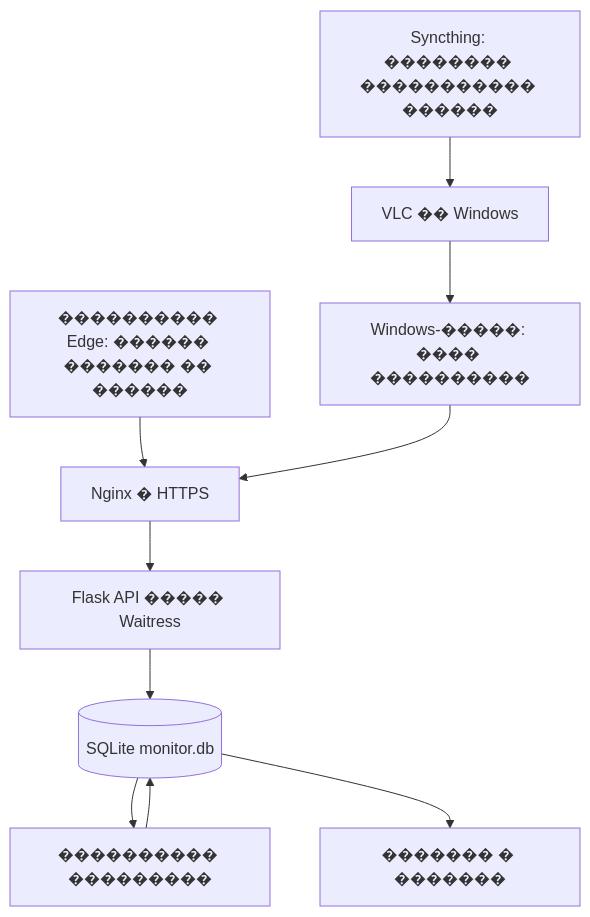
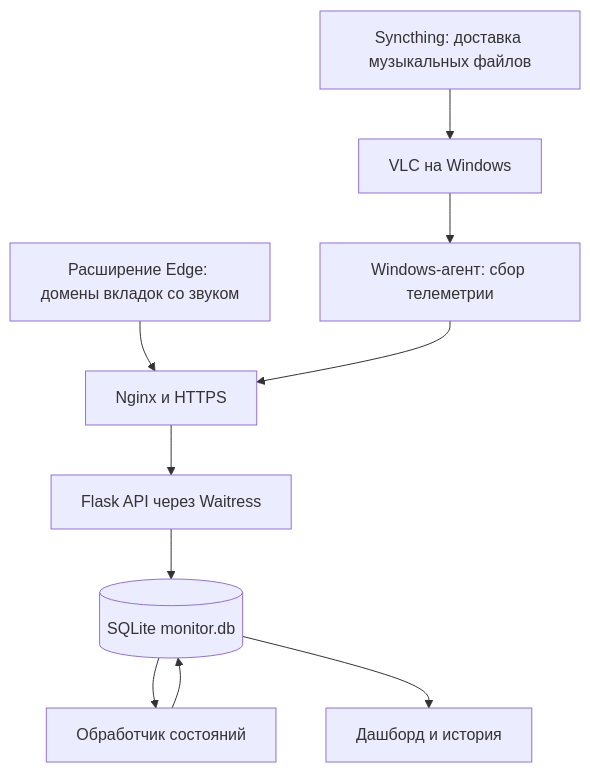
One commit to Itsbekarys/Control-for-music changed the diagram in README.md. Above: the diagram before and after it, drawn with Mermaid. The commit also changed other lines of this file, not shown here.

````diff
--- a/README.md
+++ b/README.md
@@ -39,12 +39,12 @@
 ```mermaid
 flowchart TD
-    S[Syncthing: �������� ����������� ������] --> V[VLC �� Windows]
-    V --> A[Windows-�����: ���� ����������]
-    E[���������� Edge: ������ ������� �� ������] --> N[Nginx � HTTPS]
+    S[Syncthing: доставка музыкальных файлов] --> V[VLC на Windows]
+    V --> A[Windows-агент: сбор телеметрии]
+    E[Расширение Edge: домены вкладок со звуком] --> N[Nginx и HTTPS]
     A --> N
-    N --> F[Flask API ����� Waitress]
+    N --> F[Flask API через Waitress]
     F --> D[(SQLite monitor.db)]
-    D --> W[���������� ���������]
+    D --> W[Обработчик состояний]
     W --> D
-    D --> P[������� � �������]
+    D --> P[Дашборд и история]
 ```
````
